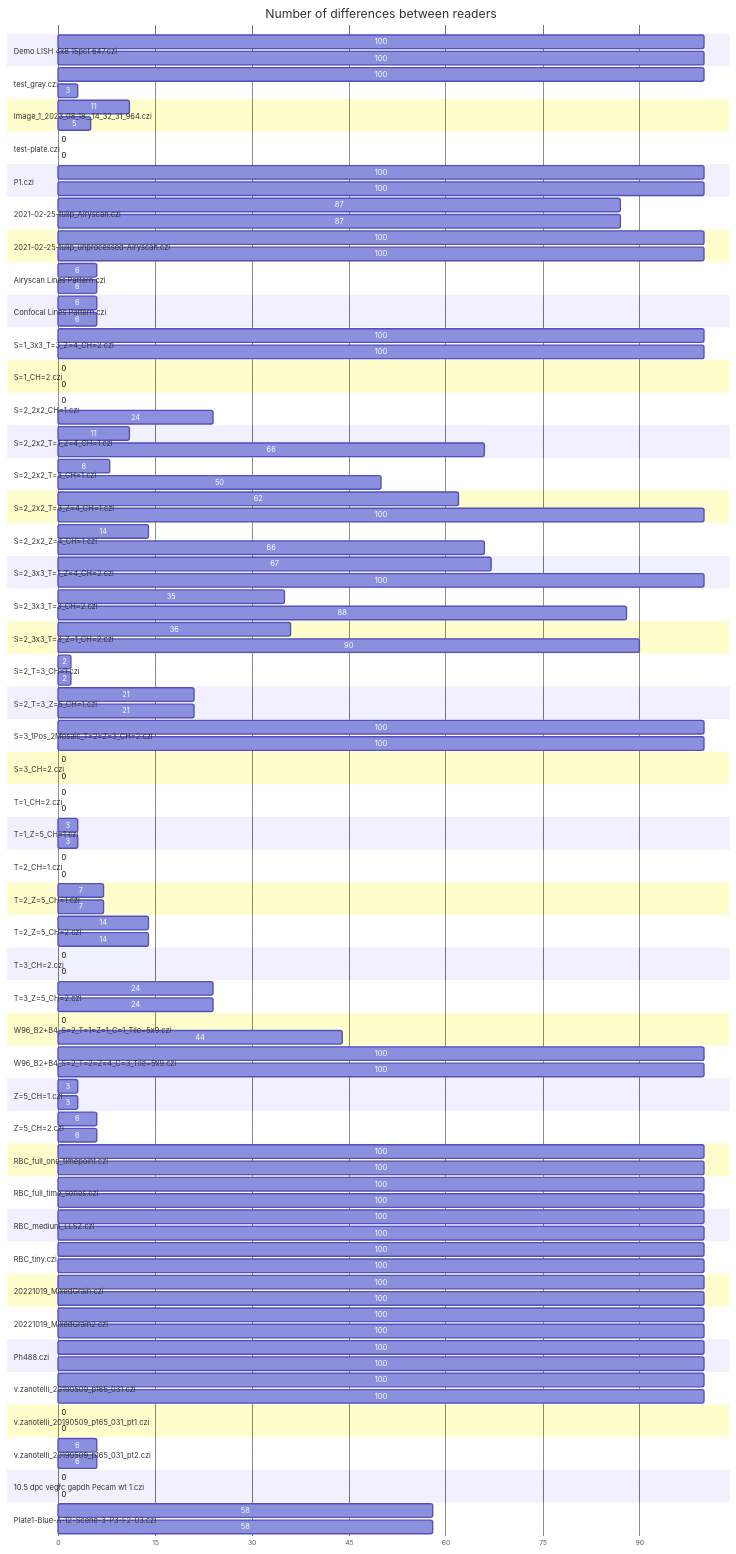
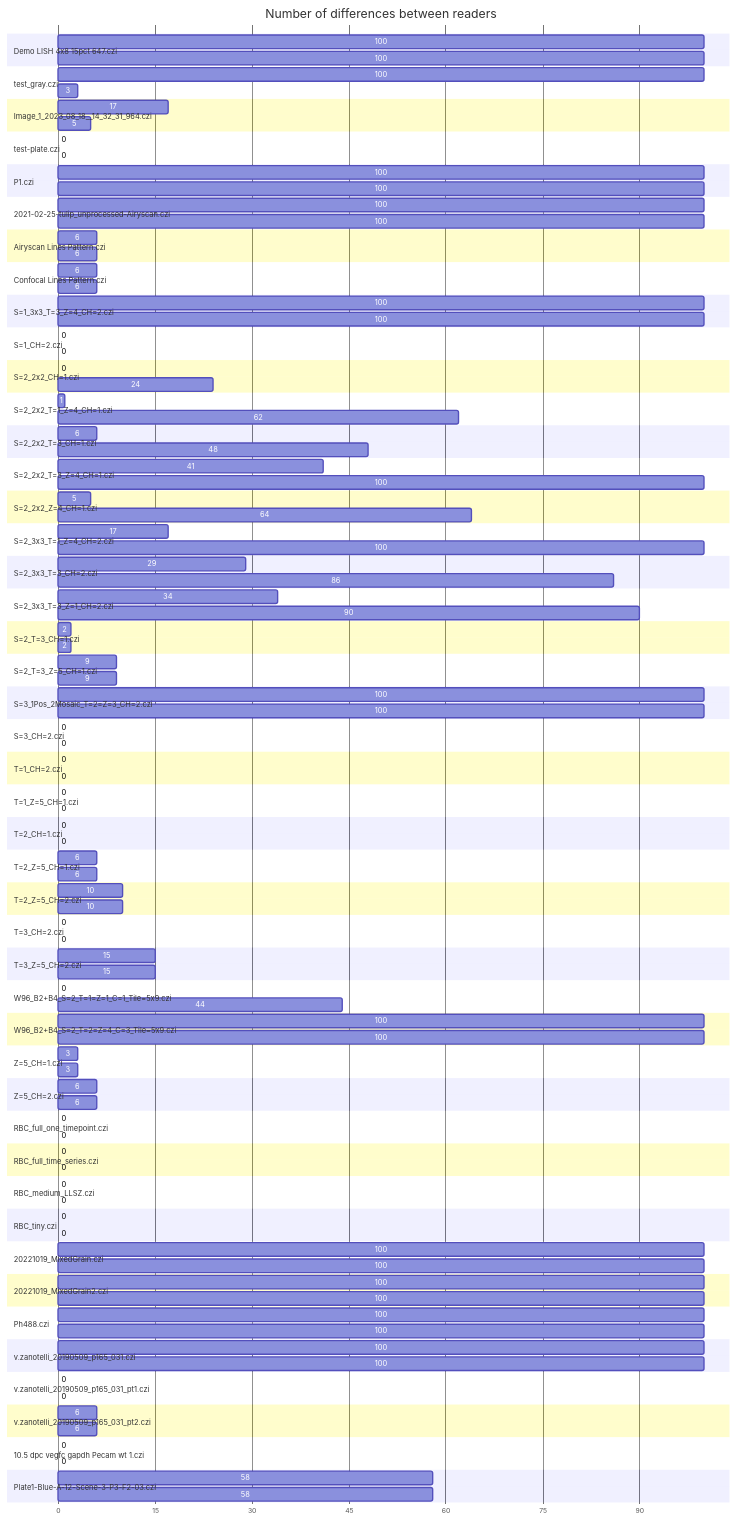
One commit to BIOP/quick-start-czi-reader changed the first of 4 diagrams in comparison_summary_chart.md. Above: the diagram before and after it, drawn with Mermaid. The commit also changed other lines of this file and 96 other files, not shown here.

```diff
--- a/comparison_summary_chart.md
+++ b/comparison_summary_chart.md
@@ -14,7 +14,7 @@
             section test_gray.czi
             3   : 0, 3
             section Image_1_2023_08_18__14_32_31_964.czi
-            11   : 0, 11
+            17   : 0, 17
             section Image_1_2023_08_18__14_32_31_964.czi
             5   : 0, 5
             section test-plate.czi
@@ -25,10 +25,6 @@
             100   : 0, 100
             section P1.czi
             100   : 0, 100
-            section 2021-02-25-tulip_Airyscan.czi
-            87   : 0, 87
-            section 2021-02-25-tulip_Airyscan.czi
-            87   : 0, 87
             section 2021-02-25-tulip_unprocessed-Airyscan.czi
             100   : 0, 100
             section 2021-02-25-tulip_unprocessed-Airyscan.czi
@@ -54,31 +50,31 @@
             section S=2_2x2_CH=1.czi
             24   : 0, 24
             section S=2_2x2_T=1_Z=4_CH=1.czi
-            11   : 0, 11
+            1   : 0, 1
             section S=2_2x2_T=1_Z=4_CH=1.czi
-            66   : 0, 66
+            62   : 0, 62
             section S=2_2x2_T=3_CH=1.czi
-            8   : 0, 8
+            6   : 0, 6
             section S=2_2x2_T=3_CH=1.czi
-            50   : 0, 50
+            48   : 0, 48
             section S=2_2x2_T=3_Z=4_CH=1.czi
-            62   : 0, 62
+            41   : 0, 41
             section S=2_2x2_T=3_Z=4_CH=1.czi
             100   : 0, 100
             section S=2_2x2_Z=4_CH=1.czi
-            14   : 0, 14
+            5   : 0, 5
             section S=2_2x2_Z=4_CH=1.czi
-            66   : 0, 66
+            64   : 0, 64
             section S=2_3x3_T=1_Z=4_CH=2.czi
-            67   : 0, 67
+            17   : 0, 17
             section S=2_3x3_T=1_Z=4_CH=2.czi
             100   : 0, 100
             section S=2_3x3_T=3_CH=2.czi
-            35   : 0, 35
+            29   : 0, 29
             section S=2_3x3_T=3_CH=2.czi
-            88   : 0, 88
+            86   : 0, 86
             section S=2_3x3_T=3_Z=1_CH=2.czi
-            36   : 0, 36
+            34   : 0, 34
             section S=2_3x3_T=3_Z=1_CH=2.czi
             90   : 0, 90
             section S=2_T=3_CH=1.czi
@@ -86,9 +82,9 @@
             section S=2_T=3_CH=1.czi
             2   : 0, 2
             section S=2_T=3_Z=5_CH=1.czi
-            21   : 0, 21
+            9   : 0, 9
             section S=2_T=3_Z=5_CH=1.czi
-            21   : 0, 21
+            9   : 0, 9
             section S=3_1Pos_2Mosaic_T=2=Z=3_CH=2.czi
             100   : 0, 100
             section S=3_1Pos_2Mosaic_T=2=Z=3_CH=2.czi
@@ -102,29 +98,29 @@
             section T=1_CH=2.czi
             0   : 0, 0
             section T=1_Z=5_CH=1.czi
-            3   : 0, 3
+            0   : 0, 0
             section T=1_Z=5_CH=1.czi
-            3   : 0, 3
+            0   : 0, 0
             section T=2_CH=1.czi
             0   : 0, 0
             section T=2_CH=1.czi
             0   : 0, 0
             section T=2_Z=5_CH=1.czi
-            7   : 0, 7
+            6   : 0, 6
             section T=2_Z=5_CH=1.czi
-            7   : 0, 7
+            6   : 0, 6
             section T=2_Z=5_CH=2.czi
-            14   : 0, 14
+            10   : 0, 10
             section T=2_Z=5_CH=2.czi
-            14   : 0, 14
+            10   : 0, 10
             section T=3_CH=2.czi
             0   : 0, 0
             section T=3_CH=2.czi
             0   : 0, 0
             section T=3_Z=5_CH=2.czi
-            24   : 0, 24
+            15   : 0, 15
             section T=3_Z=5_CH=2.czi
-            24   : 0, 24
+            15   : 0, 15
             section W96_B2+B4_S=2_T=1=Z=1_C=1_Tile=5x9.czi
             0   : 0, 0
             section W96_B2+B4_S=2_T=1=Z=1_C=1_Tile=5x9.czi
@@ -142,21 +138,21 @@
             section Z=5_CH=2.czi
             6   : 0, 6
             section RBC_full_one_timepoint.czi
-            100   : 0, 100
+            0   : 0, 0
             section RBC_full_one_timepoint.czi
-            100   : 0, 100
+            0   : 0, 0
             section RBC_full_time_series.czi
-            100   : 0, 100
+            0   : 0, 0
             section RBC_full_time_series.czi
-            100   : 0, 100
+            0   : 0, 0
             section RBC_medium_LLSZ.czi
-            100   : 0, 100
+            0   : 0, 0
             section RBC_medium_LLSZ.czi
-            100   : 0, 100
+            0   : 0, 0
             section RBC_tiny.czi
-            100   : 0, 100
+            0   : 0, 0
             section RBC_tiny.czi
-            100   : 0, 100
+            0   : 0, 0
             section 20221019_MixedGrain.czi
             100   : 0, 100
             section 20221019_MixedGrain.czi
```
